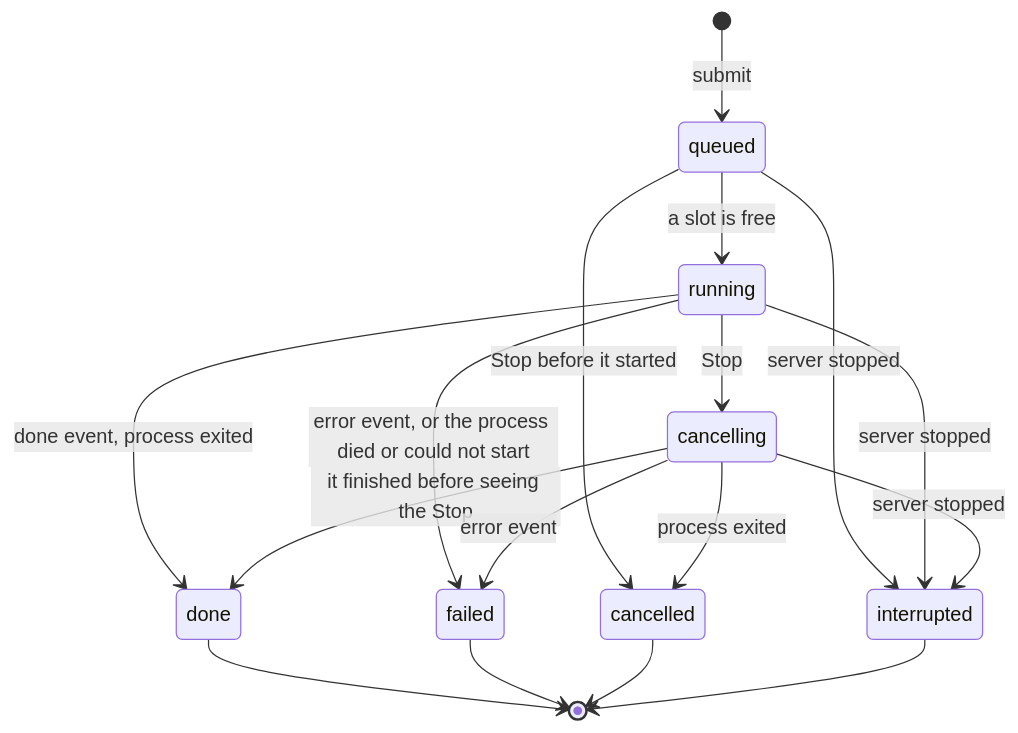
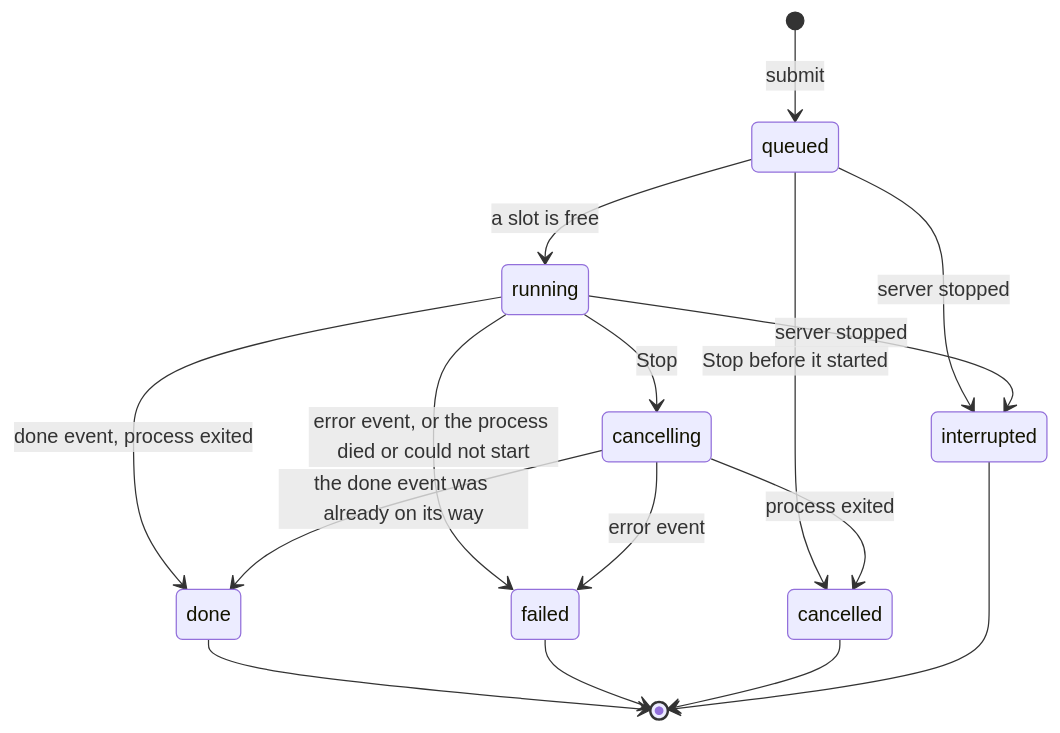
The sixth of 8 diagrams in docs/guide/architecture.md (Aziyck/SATsolver), drawn with Mermaid before and after one commit. The commit also changed other lines of this file and 2 other files, not shown here.

First line of the commit message:
docs: rewrite the architecture guide as an explanation

````diff
--- a/docs/guide/architecture.md
+++ b/docs/guide/architecture.md
@@ -181,19 +423,18 @@
 ```mermaid
 stateDiagram-v2
     [*] --> queued: submit
     queued --> running: a slot is free
     queued --> cancelled: Stop before it started
     running --> cancelling: Stop
     running --> done: done event, process exited
     running --> failed: error event, or the process died or could not start
     cancelling --> cancelled: process exited
-    cancelling --> done: it finished before seeing the Stop
+    cancelling --> done: the done event was already on its way
     cancelling --> failed: error event
     queued --> interrupted: server stopped
     running --> interrupted: server stopped
-    cancelling --> interrupted: server stopped
     done --> [*]
     failed --> [*]
     cancelled --> [*]
     interrupted --> [*]
 ```
````
